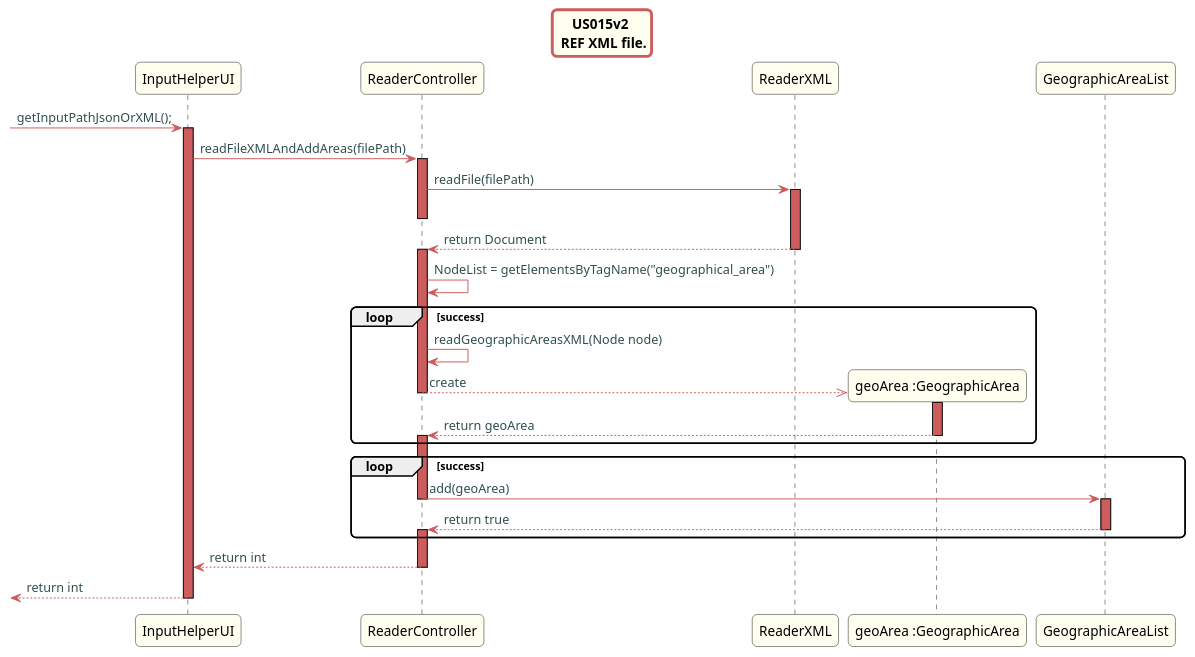
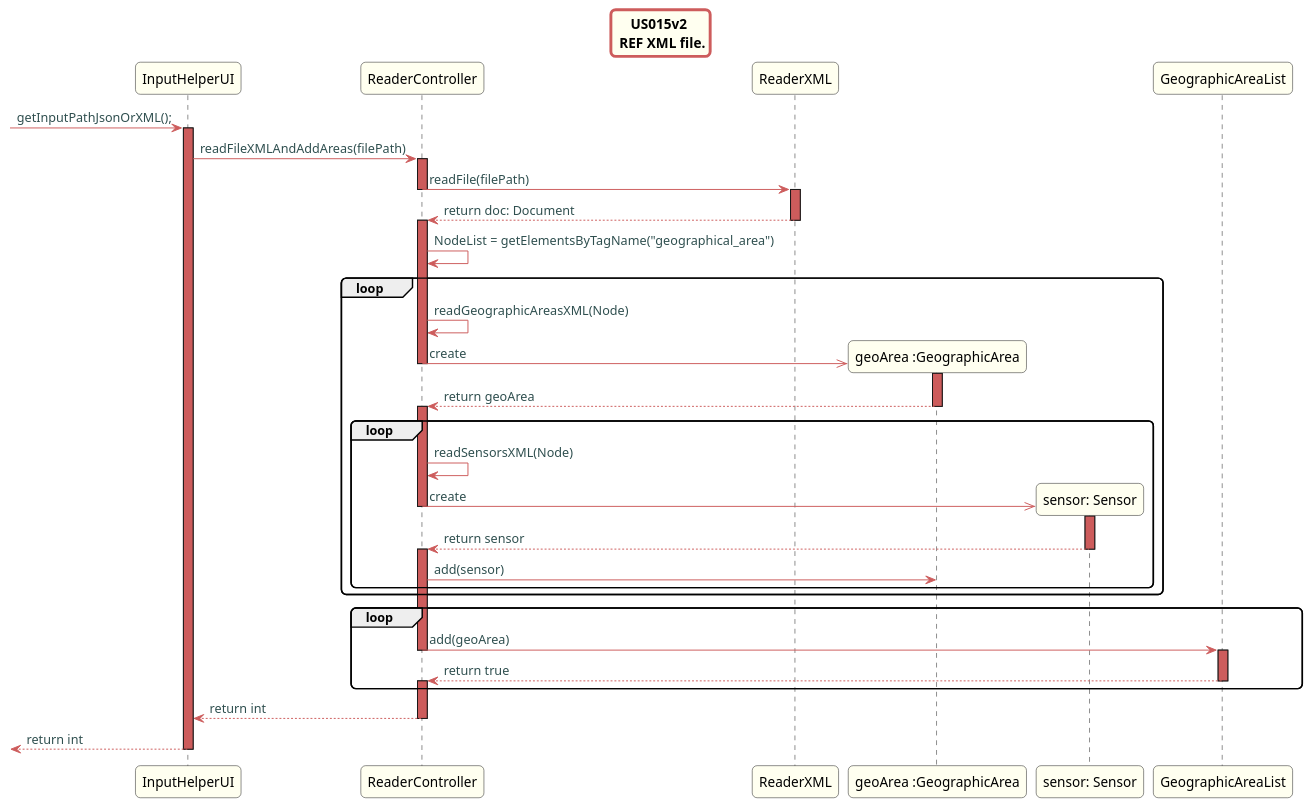
One commit to Almadanmp/project changed the diagram in src/doc/Controllers/HouseConfiguration/US15v2/US15v2_REF_XML_sd_HouseConfiguration.puml. Above: the diagram before and after it, drawn with PlantUML. The commit also changed 1 other file, not shown here.

Commit message:
REF #178 updated class diagram and sequence diagram for us15v2

```diff
--- a/src/doc/Controllers/HouseConfiguration/US15v2/US15v2_REF_XML_sd_HouseConfiguration.puml
+++ b/src/doc/Controllers/HouseConfiguration/US15v2/US15v2_REF_XML_sd_HouseConfiguration.puml
@@ -1,67 +1,80 @@
 @startuml
 title US015v2 \n REF XML file.
 skinparam titleBorderRoundCorner 10
 skinparam titleBorderThickness 3
 skinparam titleBorderColor indianred
 skinparam titleBackgroundColor ivory
 skinparam FontName quicksand
 
 skinparam actor {
   BorderColor indianred
   }
 
 skinparam sequence {
   LifeLineBackgroundColor indianred
   ParticipantBackgroundColor ivory
 }
 
 skinparam roundcorner 10
 
 skinparam component {
   arrowThickness 1
   ArrowFontName Verdana
   ArrowColor indianred
   ArrowFontColor darkslategrey
 }
 
 -> InputHelperUI: getInputPathJsonOrXML();
 activate InputHelperUI
 InputHelperUI -> ReaderController: readFileXMLAndAddAreas(filePath)
 activate ReaderController
 ReaderController -> ReaderXML: readFile(filePath)
+deactivate ReaderController
 activate ReaderXML
-deactivate ReaderController
 
-ReaderXML --> ReaderController: return Document
+ReaderXML --> ReaderController: return doc: Document
 deactivate ReaderXML
 
 activate ReaderController
 ReaderController->ReaderController:NodeList = getElementsByTagName("geographical_area")
-loop success
-ReaderController->ReaderController:readGeographicAreasXML(Node node)
+loop
+ReaderController->ReaderController:readGeographicAreasXML(Node)
 create "geoArea :GeographicArea"
-ReaderController -->> "geoArea :GeographicArea": create
+ReaderController ->> "geoArea :GeographicArea": create
 activate "geoArea :GeographicArea"
 deactivate ReaderController
 
 "geoArea :GeographicArea" --> ReaderController: return geoArea
 deactivate "geoArea :GeographicArea"
 activate ReaderController
+loop
+ReaderController->ReaderController:readSensorsXML(Node)
+create "sensor: Sensor"
+ReaderController ->> "sensor: Sensor": create
+activate "sensor: Sensor"
+deactivate ReaderController
+
+"sensor: Sensor" --> ReaderController: return sensor
+deactivate "sensor: Sensor"
+
+activate ReaderController
+ReaderController -> "geoArea :GeographicArea": add(sensor)
+end loop
 end loop
 
-loop success
+loop
 ReaderController -> GeographicAreaList: add(geoArea)
 deactivate ReaderController
 activate GeographicAreaList
 
 GeographicAreaList-->ReaderController: return true
 deactivate GeographicAreaList
 
 activate ReaderController
 
 end loop
 ReaderController --> InputHelperUI: return int
 deactivate ReaderController
  <-- InputHelperUI: return int
  deactivate InputHelperUI
 @enduml
```
